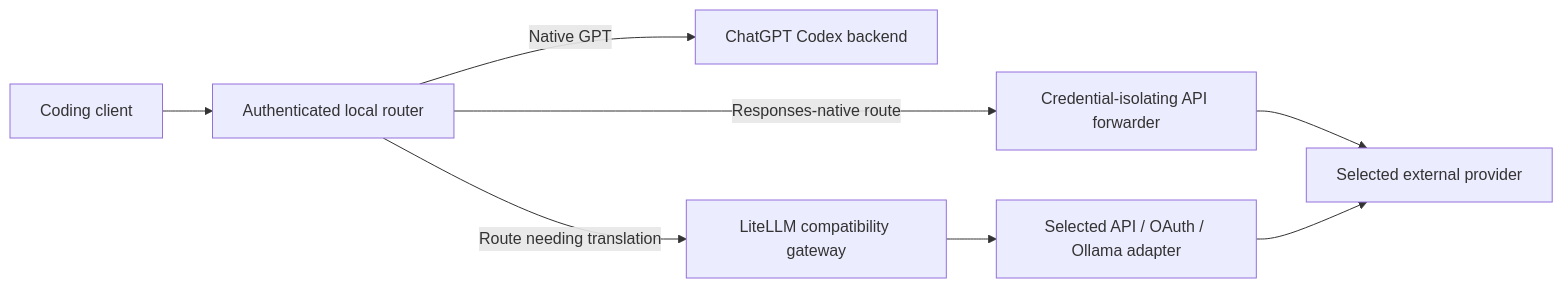
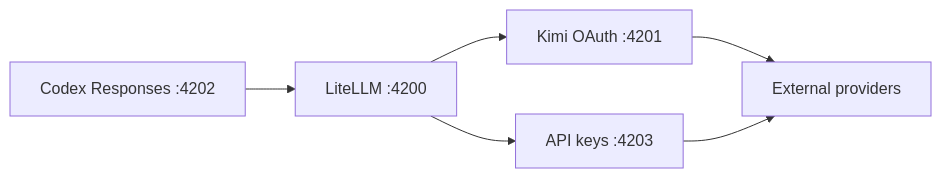
The diagram in README.md (duolahypercho/codex-router), drawn with Mermaid before and after one commit. The commit also changed other lines of this file and 7 other files, not shown here.

First line of the commit message:
feat(providers): add Cheaper Inference as a catalog-only provider

````diff
--- a/README.md
+++ b/README.md
@@ -181,10 +2662,8 @@
 ```mermaid
 flowchart LR
-  C["Coding client"] --> R["Authenticated local router"]
-  R -->|"Native GPT"| G["ChatGPT Codex backend"]
-  R -->|"Responses-native route"| A["Credential-isolating API forwarder"]
-  R -->|"Route needing translation"| L["LiteLLM compatibility gateway"]
-  L --> F["Selected API / OAuth / Ollama adapter"]
-  A --> P["Selected external provider"]
-  F --> P
+  C["Codex Responses :4202"] --> L1["LiteLLM :4200"]
+  L1 --> K1["Kimi OAuth :4201"]
+  L1 --> A1["API keys :4203"]
+  K1 --> P["External providers"]
+  A1 --> P
 ```
````
